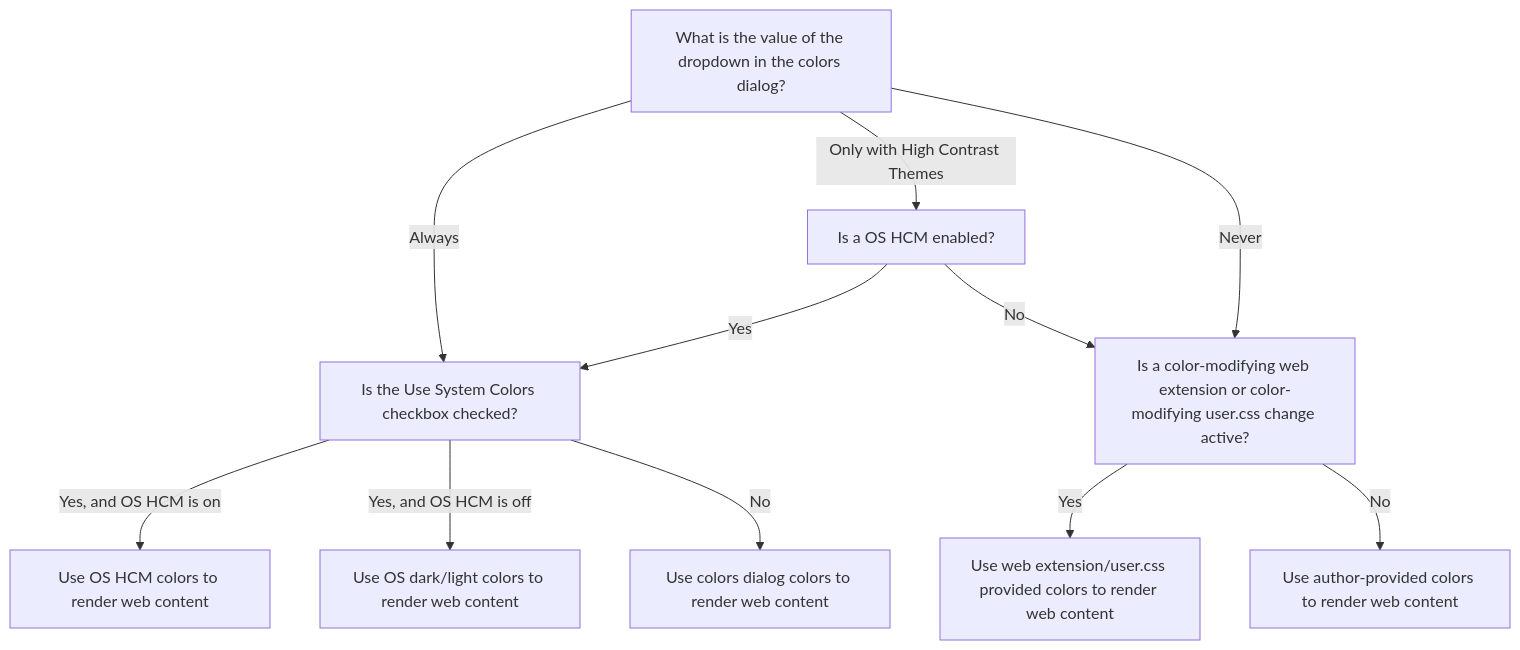
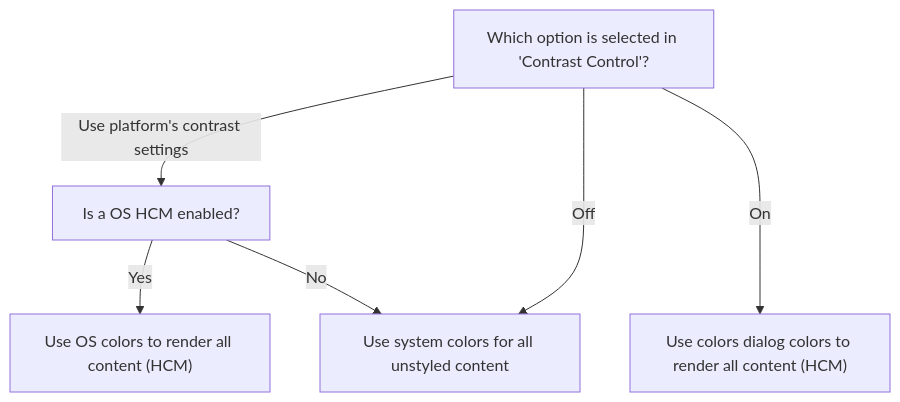
Before and after one commit to bolucat/Firefox: the second of 2 diagrams in accessible/docs/HCMSettings.md, drawn with Mermaid. The commit also changed other lines of this file and 855 other files, not shown here.

````diff
--- a/accessible/docs/HCMSettings.md
+++ b/accessible/docs/HCMSettings.md
@@ -29,17 +26,11 @@
 ```{mermaid}
 flowchart TD
-A[What is the value of the dropdown in the colors dialog?]
-A -->|Always|C
+A[Which option is selected in 'Contrast Control'?]
 
-A -->|Only with High Contrast Themes| B[Is a OS HCM enabled?]
-B -->|Yes| C[Is the Use System Colors checkbox checked?]
-C -->|Yes, and OS HCM is on| D[Use OS HCM colors to render web content]
-C -->|Yes, and OS HCM is off| D2[Use OS dark/light colors to render web content]
-C-->|No| E[Use colors dialog colors to render web content]
+A -->|Use platform's contrast settings| B[Is a OS HCM enabled?]
+A -->|Off| H
+A --->|On| I[Use colors dialog colors to render all content &lpar;HCM&rpar;]
 
-B -->|No| F[Is a color-modifying web extension or color-modifying user.css change active?]
-F -->|Yes| G[Use web extension/user.css provided colors to render web content]
-F -->|No| H[Use author-provided colors to render web content]
-
-A -->|Never|F
+B -->|Yes| C[Use OS colors to render all content &lpar;HCM&rpar;]
+B -->|No| H[Use system colors for all unstyled content]
 ```
````
